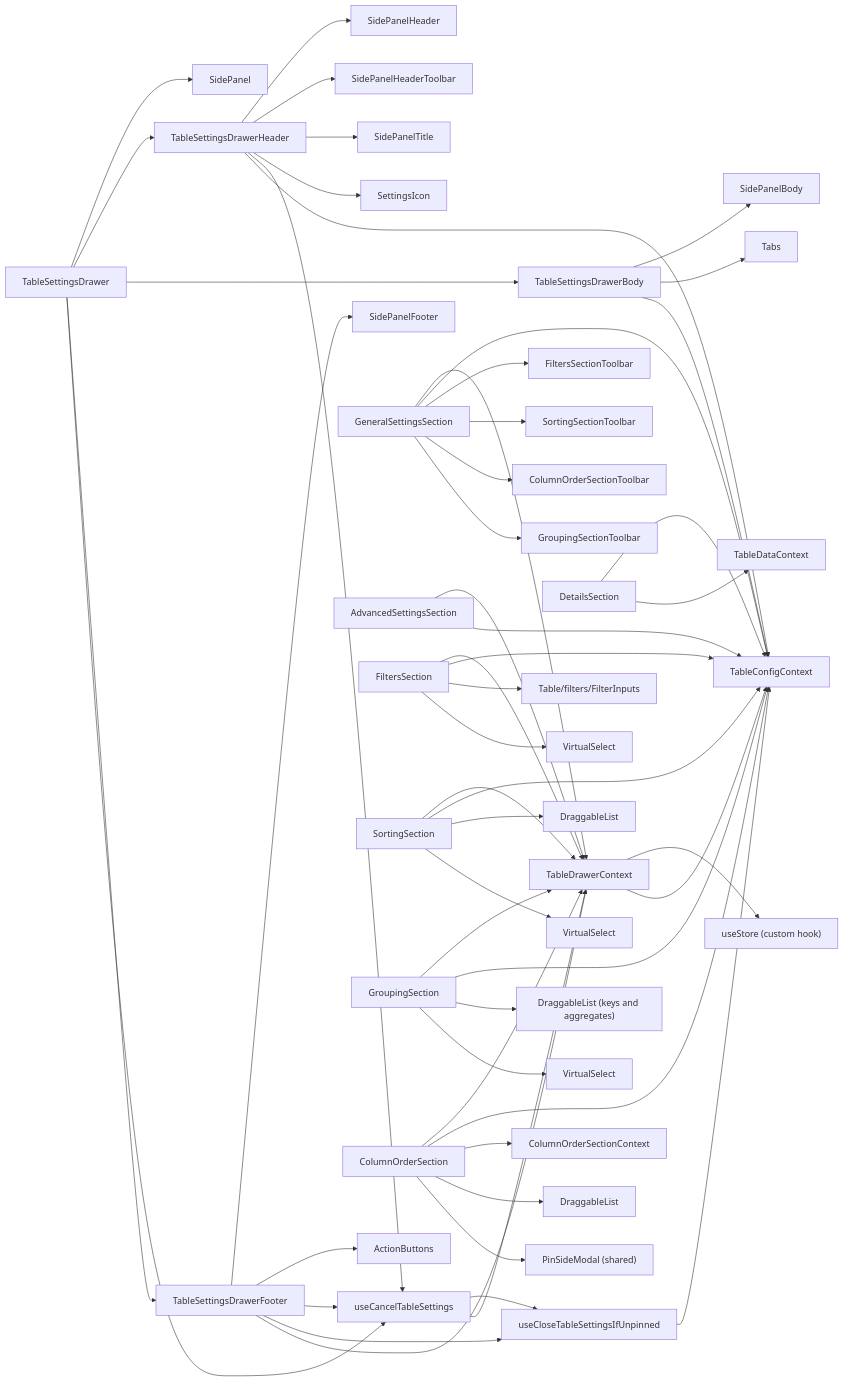
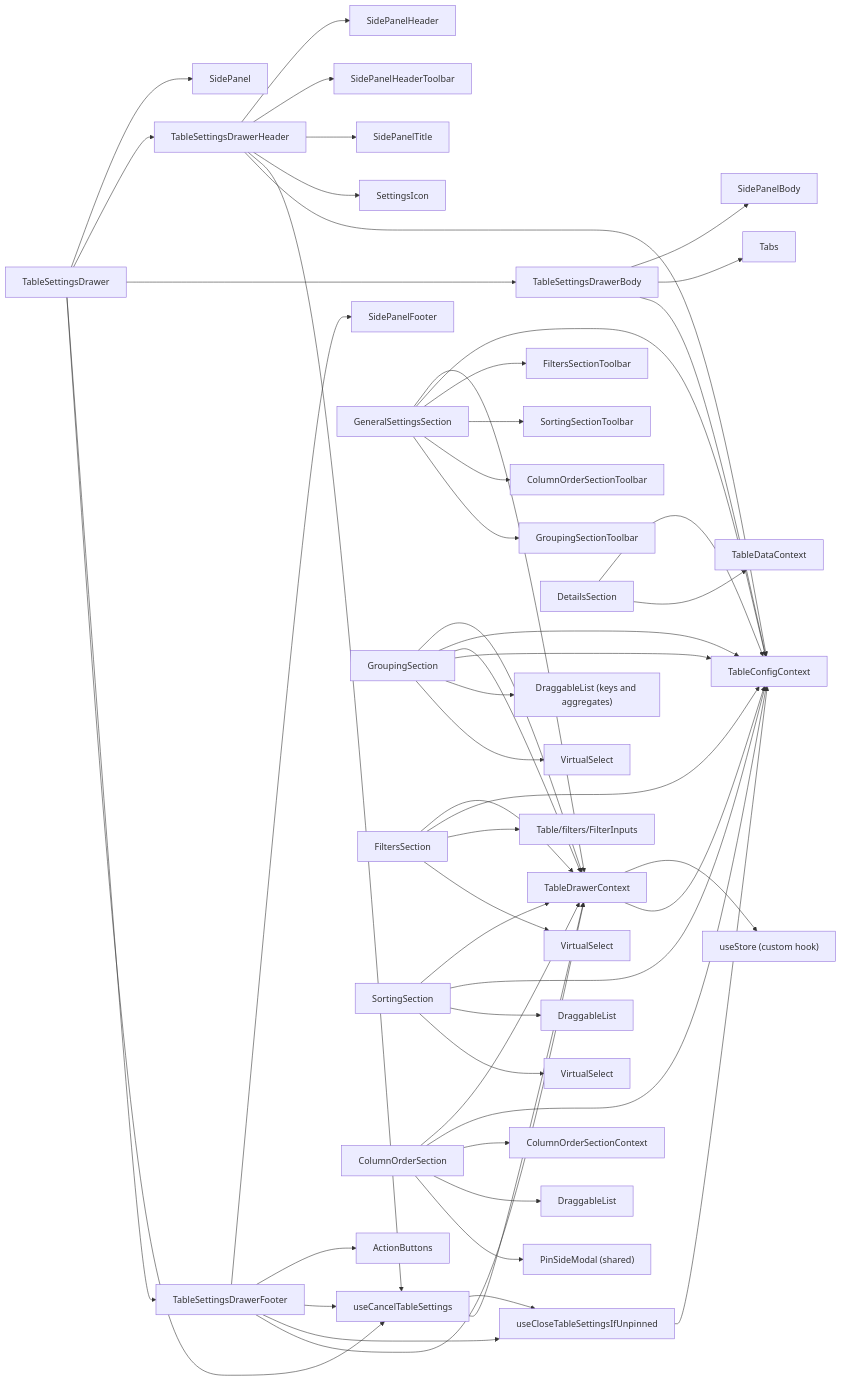
The first of 3 diagrams in packages/ui/src/components/Table/TableSettingsDrawer/ARCHITECTURE.md (luciocabrera/lcabrera-stack), drawn with Mermaid before and after one commit. The commit also changed other lines of this file and 45 other files, not shown here.

````diff
--- a/packages/ui/src/components/Table/TableSettingsDrawer/ARCHITECTURE.md
+++ b/packages/ui/src/components/Table/TableSettingsDrawer/ARCHITECTURE.md
@@ -139,66 +132,66 @@
 ```mermaid
 graph LR
   TSD["TableSettingsDrawer"] --> SidePanel
   TSD --> TSDHeader["TableSettingsDrawerHeader"]
   TSD --> TSDBody["TableSettingsDrawerBody"]
   TSD --> TSDFooter["TableSettingsDrawerFooter"]
   TSD --> CancelHook["useCancelTableSettings"]
 
   TSDHeader --> SidePanelHeader
   TSDHeader --> SidePanelHeaderToolbar
   TSDHeader --> SidePanelTitle
   TSDHeader --> SettingsIcon
   TSDHeader --> CancelHook
   TSDHeader --> TableConfigContext
 
   TSDBody --> SidePanelBody
   TSDBody --> Tabs
   TSDBody --> TableConfigContext
 
   TSDFooter --> SidePanelFooter
   TSDFooter --> ActionButtons
   TSDFooter --> CancelHook
   TSDFooter --> CloseHook["useCloseTableSettingsIfUnpinned"]
   TSDFooter --> TableDrawerContext
 
   CancelHook --> CloseHook
   CancelHook --> TableDrawerContext
   CloseHook --> TableConfigContext
 
   TableDrawerContext --> useStore["useStore (custom hook)"]
   TableDrawerContext --> TableConfigContext
 
   GeneralSettingsSection --> TableDrawerContext
   GeneralSettingsSection --> TableConfigContext
   GeneralSettingsSection --> FiltersSectionToolbar
   GeneralSettingsSection --> SortingSectionToolbar
   GeneralSettingsSection --> ColumnOrderSectionToolbar
   GeneralSettingsSection --> GroupingSectionToolbar
 
-  AdvancedSettingsSection --> TableDrawerContext
-  AdvancedSettingsSection --> TableConfigContext
+  GroupingSection --> TableDrawerContext
+  GroupingSection --> TableConfigContext
 
   DetailsSection --> TableConfigContext
   DetailsSection --> TableDataContext
 
   FiltersSection --> TableDrawerContext
   FiltersSection --> TableConfigContext
   FiltersSection --> FilterInputs["Table/filters/FilterInputs"]
   FiltersSection --> VirtualSelect
 
   SortingSection --> TableDrawerContext
   SortingSection --> TableConfigContext
   SortingSection --> DraggableList
   SortingSection --> VirtualSelect2["VirtualSelect"]
 
   GroupingSection --> TableDrawerContext
   GroupingSection --> TableConfigContext
   GroupingSection --> DraggableList3["DraggableList (keys and aggregates)"]
   GroupingSection --> VirtualSelect3["VirtualSelect"]
 
   ColumnOrderSection --> TableDrawerContext
   ColumnOrderSection --> TableConfigContext
   ColumnOrderSection --> ColumnOrderSectionContext
   ColumnOrderSection --> DraggableList2["DraggableList"]
   ColumnOrderSection --> PinSideModal["PinSideModal (shared)"]
 ```
````
